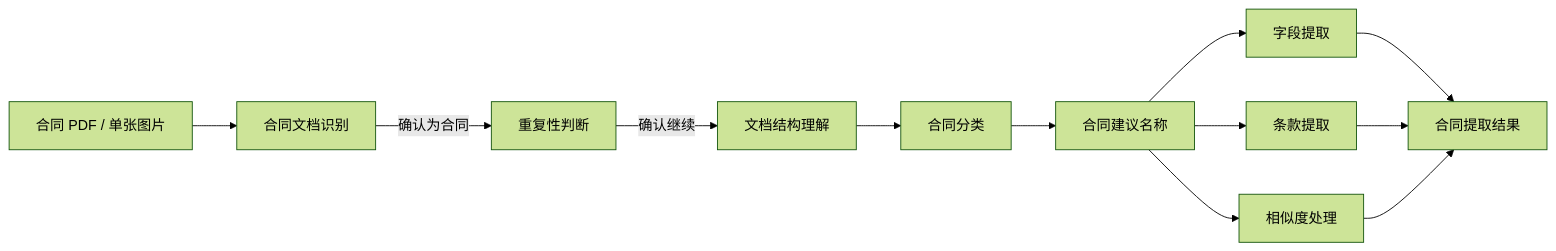
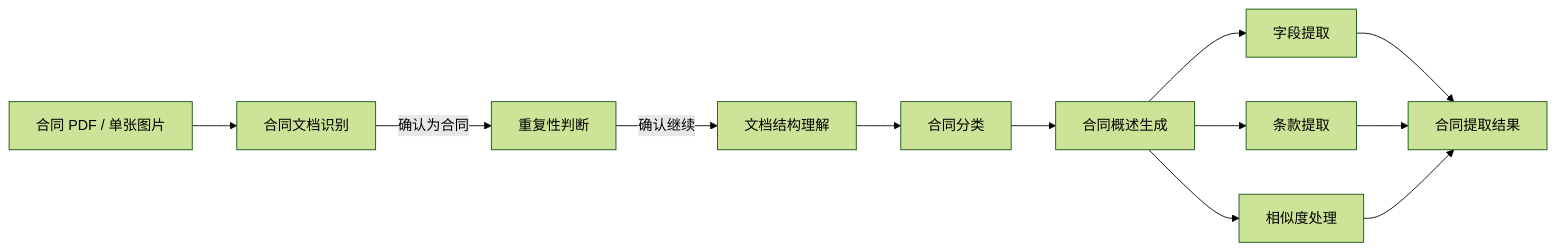
The diagram in description/features/contract-ingestion.md (caicai-6666/contract-service-fe), drawn with Mermaid (forest theme) before and after one commit. The commit also changed other lines of this file and 52 other files, not shown here.

````diff
--- a/description/features/contract-ingestion.md
+++ b/description/features/contract-ingestion.md
@@ -27,14 +27,14 @@
 ```mermaid
 flowchart LR
     input[合同 PDF / 单张图片] --> detection[合同文档识别]
     detection -->|确认为合同| duplication[重复性判断]
     duplication -->|确认继续| preprocessing[文档结构理解]
     preprocessing --> classification[合同分类]
-    classification --> naming[合同建议名称]
-    naming --> field[字段提取]
-    naming --> clause[条款提取]
-    naming --> retrieval[相似度处理]
+    classification --> overview[合同概述生成]
+    overview --> field[字段提取]
+    overview --> clause[条款提取]
+    overview --> retrieval[相似度处理]
     field --> result[合同提取结果]
     clause --> result
     retrieval --> result
 ```
````
